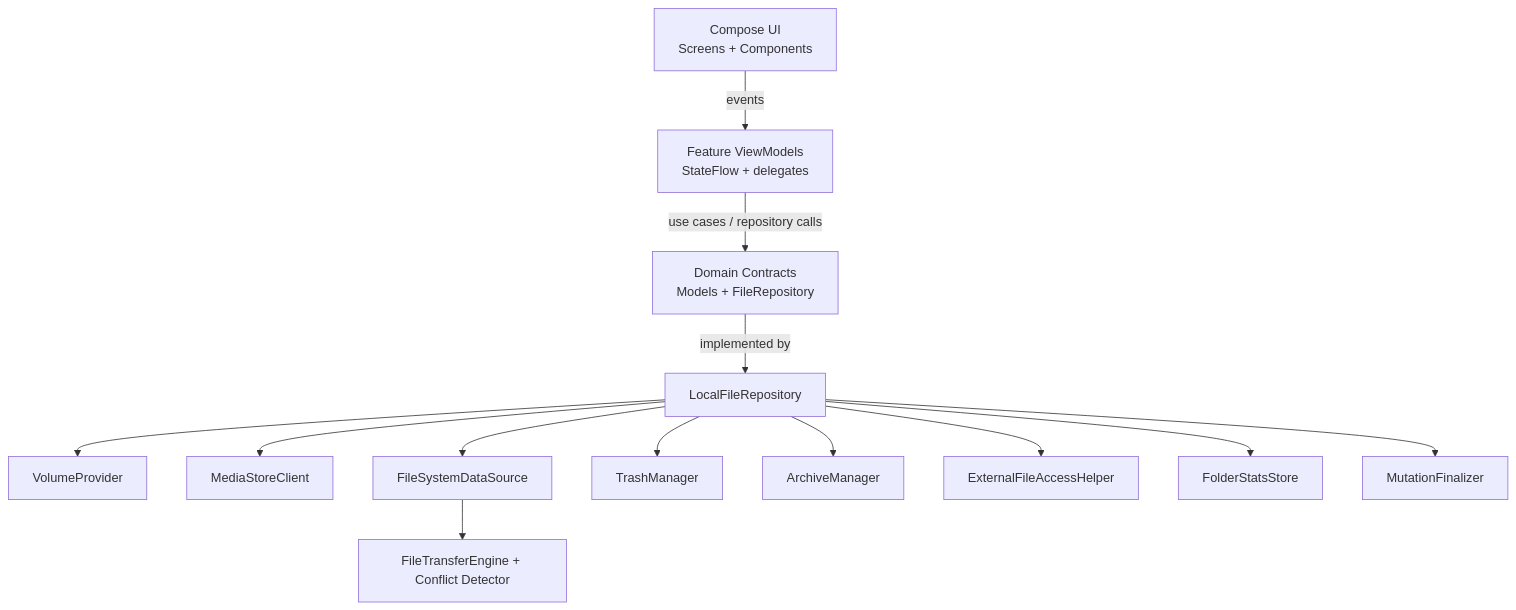
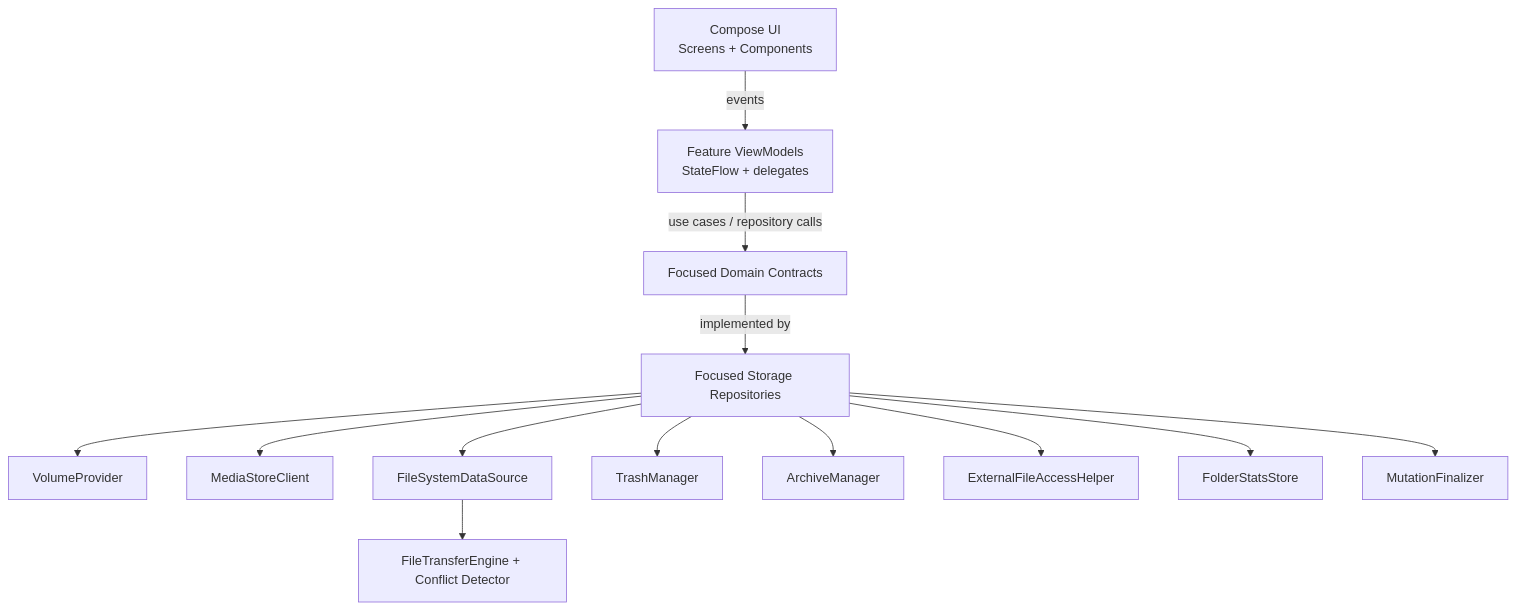
One commit to qtremors/arcile changed the diagram in DEVELOPMENT.md. Above: the diagram before and after it, drawn with Mermaid. The commit also changed other lines of this file and 462 other files, not shown here.

Commit message:
v1.4.0: Complete feature ownership and architecture boundaries

````diff
--- a/DEVELOPMENT.md
+++ b/DEVELOPMENT.md
@@ -42,15 +42,15 @@
 ```mermaid
 graph TD
     A["Compose UI<br/>Screens + Components"] -->|events| B["Feature ViewModels<br/>StateFlow + delegates"]
-    B -->|use cases / repository calls| C["Domain Contracts<br/>Models + FileRepository"]
-    C -->|implemented by| D["LocalFileRepository"]
+    B -->|use cases / repository calls| C["Focused Domain Contracts"]
+    C -->|implemented by| D["Focused Storage Repositories"]
     D --> E["VolumeProvider"]
     D --> F["MediaStoreClient"]
     D --> G["FileSystemDataSource"]
     D --> H["TrashManager"]
     D --> I["ArchiveManager"]
     D --> K["ExternalFileAccessHelper"]
     G --> J["FileTransferEngine + Conflict Detector"]
     D --> L["FolderStatsStore"]
     D --> M["MutationFinalizer"]
 ```
````
